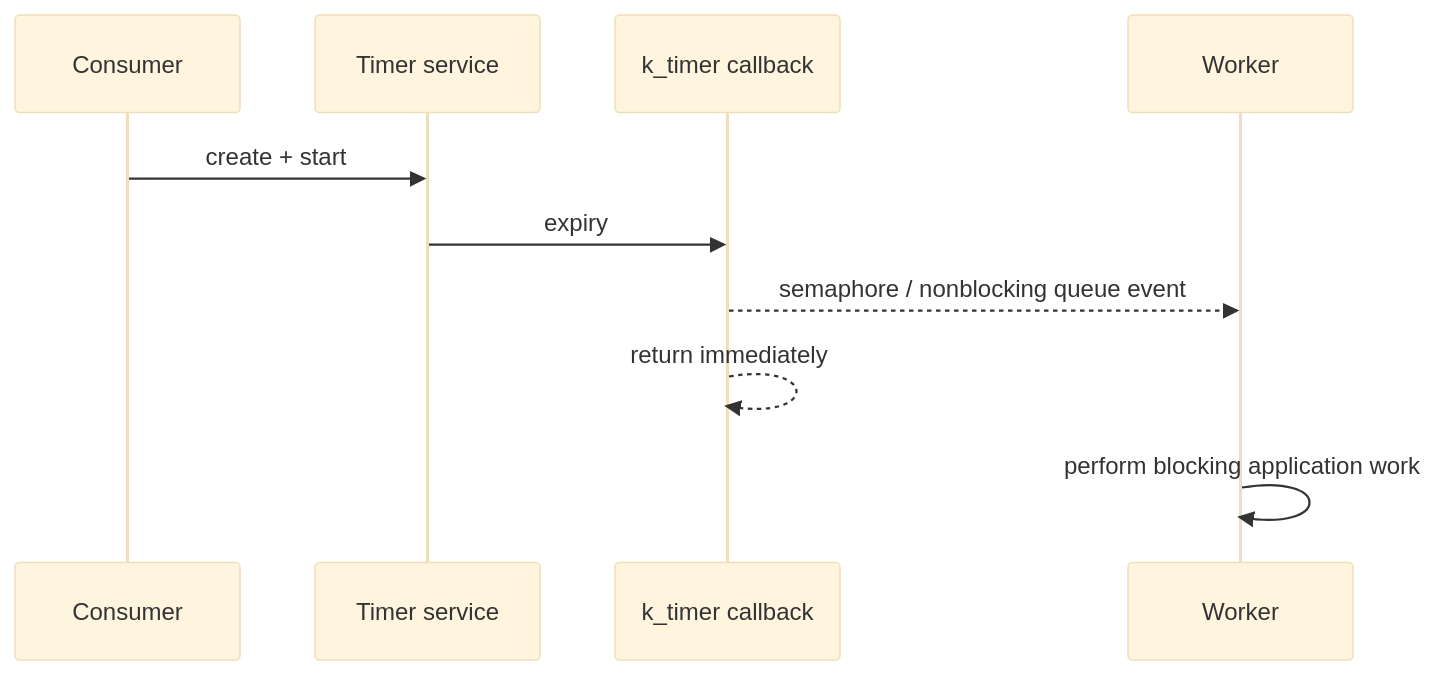
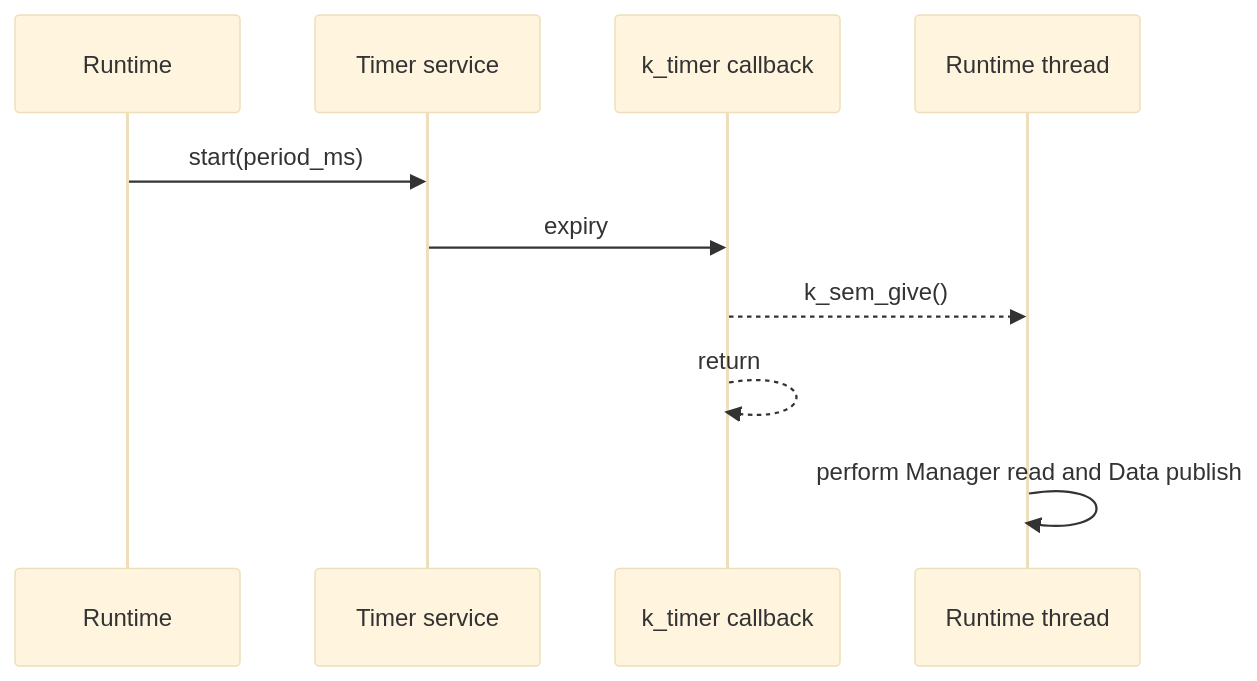
The diagram in Firmware/core/subsys/services/timer/README.md (andreapiccini/SpaghettiLAB), drawn with Mermaid (base theme) before and after one commit. The commit also changed other lines of this file and 21 other files, not shown here.

````diff
--- a/Firmware/core/subsys/services/timer/README.md
+++ b/Firmware/core/subsys/services/timer/README.md
@@ -132,12 +31,12 @@
 ```mermaid
 sequenceDiagram
-    participant Consumer
+    participant Runtime
     participant Timer as Timer service
     participant Callback as k_timer callback
-    participant Worker
-    Consumer->>Timer: create + start
+    participant Worker as Runtime thread
+    Runtime->>Timer: start(period_ms)
     Timer->>Callback: expiry
-    Callback-->>Worker: semaphore / nonblocking queue event
-    Callback-->>Callback: return immediately
-    Worker->>Worker: perform blocking application work
+    Callback-->>Worker: k_sem_give()
+    Callback-->>Callback: return
+    Worker->>Worker: perform Manager read and Data publish
 ```
````
